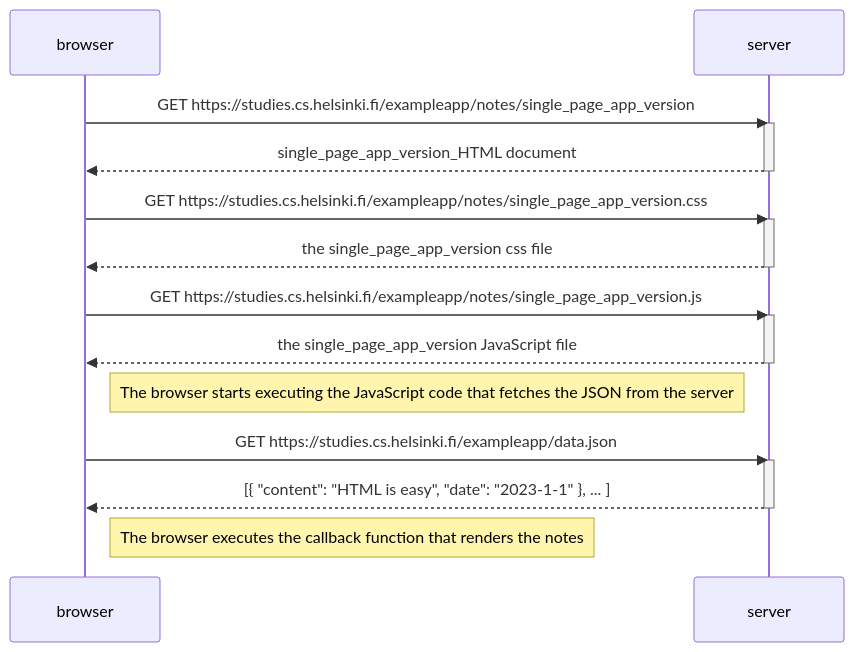
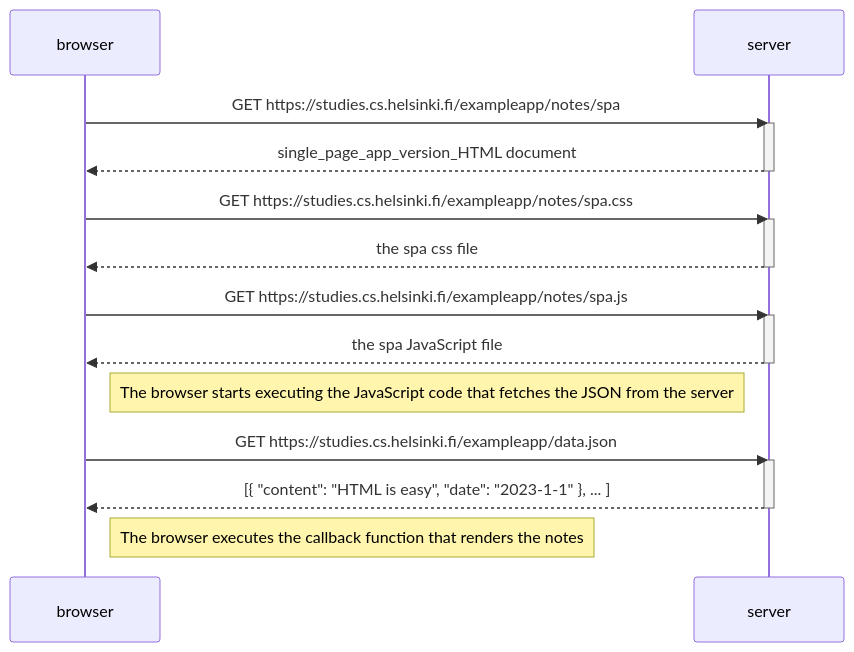
Before and after one commit to 2getsandesh/fullstackopen: the diagram in 0.5.md, drawn with Mermaid.

````diff
--- a/0.5.md
+++ b/0.5.md
@@ -1,23 +1,23 @@
 ```mermaid
 sequenceDiagram
     participant browser
     participant server
-    browser->>server: GET https://studies.cs.helsinki.fi/exampleapp/notes/single_page_app_version
+    browser->>server: GET https://studies.cs.helsinki.fi/exampleapp/notes/spa
     activate server
     server-->>browser: single_page_app_version_HTML document
     deactivate server
-    browser->>server: GET https://studies.cs.helsinki.fi/exampleapp/notes/single_page_app_version.css
+    browser->>server: GET https://studies.cs.helsinki.fi/exampleapp/notes/spa.css
     activate server
-    server-->>browser: the single_page_app_version css file
+    server-->>browser: the spa css file
     deactivate server
-    browser->>server: GET https://studies.cs.helsinki.fi/exampleapp/notes/single_page_app_version.js
+    browser->>server: GET https://studies.cs.helsinki.fi/exampleapp/notes/spa.js
     activate server
-    server-->>browser: the single_page_app_version JavaScript file
+    server-->>browser: the spa JavaScript file
     deactivate server
     Note right of browser: The browser starts executing the JavaScript code that fetches the JSON from the server
     browser->>server: GET https://studies.cs.helsinki.fi/exampleapp/data.json
     activate server
     server-->>browser: [{ "content": "HTML is easy", "date": "2023-1-1" }, ... ]
     deactivate server
     Note right of browser: The browser executes the callback function that renders the notes
 ```
````
